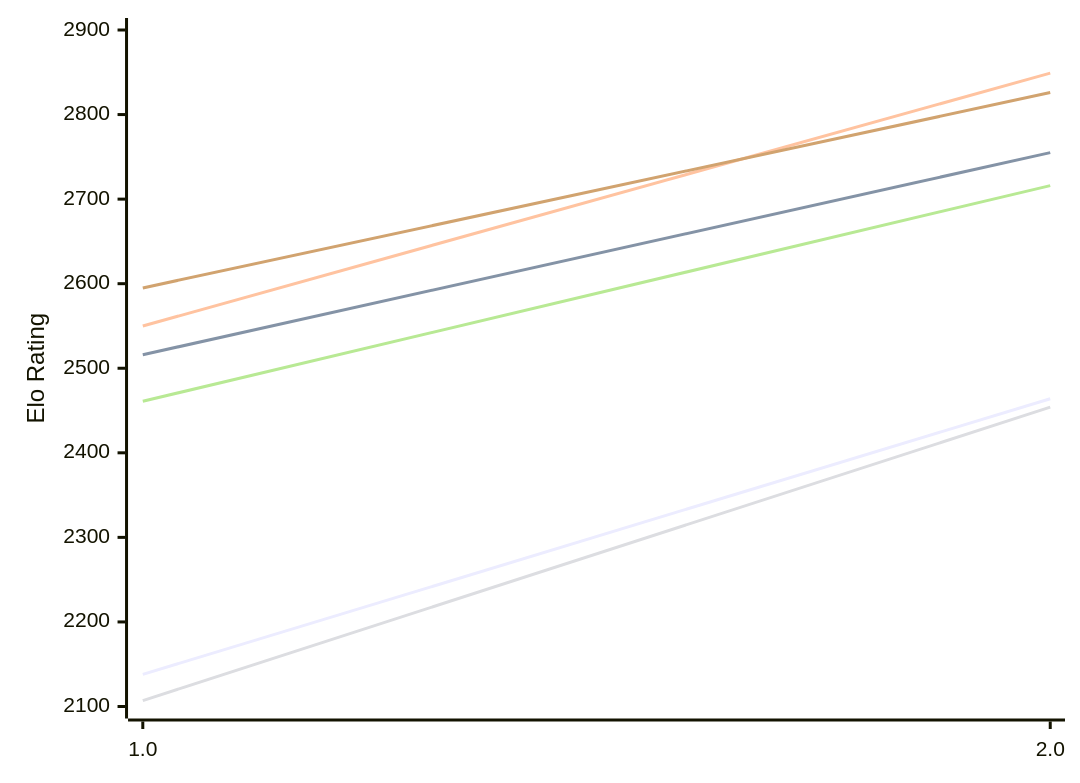
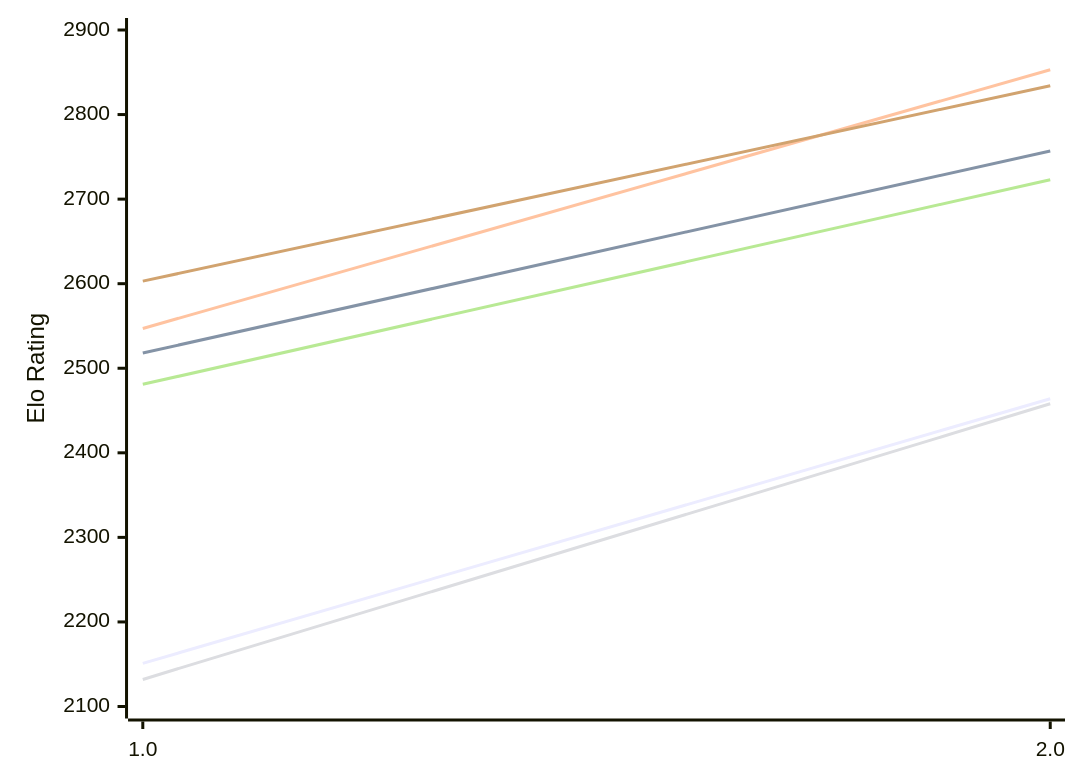
One commit to computer-chess-index/cci changed the first of 2 diagrams in engines/Revolver.md. Above: the diagram before and after it, drawn with Mermaid. The commit also changed other lines of this file, not shown here.

Commit message:
Update CCI Ratings (ELO VLTC) - 2026-11-25

````diff
--- a/engines/Revolver.md
+++ b/engines/Revolver.md
@@ -50,12 +50,12 @@
 ```mermaid
 %%{init: {"theme":"base","themeVariables":{"seriesColors:['#a3a3a3','#222221','#faa371']}}}%%
 xychart-beta
   x-axis ["1.0", "2.0"]
   y-axis "Elo Rating" 2100 --> 2900
-  line "E1: STC (8.0+0.08s)" [2138, 2464]
-  line "E1: LTC (60.0+0.60s)" [2516, 2755]
-  line "E1: VLTC (2m24s+1.12s)" [2550, 2849]
-  line "P1: STC (8.0+0.08s)" [2107, 2454]
-  line "P1: LTC (60.0+0.60s)" [2461, 2716]
-  line "P1: VLTC (2m24s+1.12s)" [2595, 2826]
+  line "E1: STC (8.0+0.08s)" [2151, 2464]
+  line "E1: LTC (60.0+0.60s)" [2518, 2757]
+  line "E1: VLTC (2m24s+1.12s)" [2547, 2853]
+  line "P1: STC (8.0+0.08s)" [2132, 2458]
+  line "P1: LTC (60.0+0.60s)" [2481, 2723]
+  line "P1: VLTC (2m24s+1.12s)" [2603, 2834]
 ```
````
